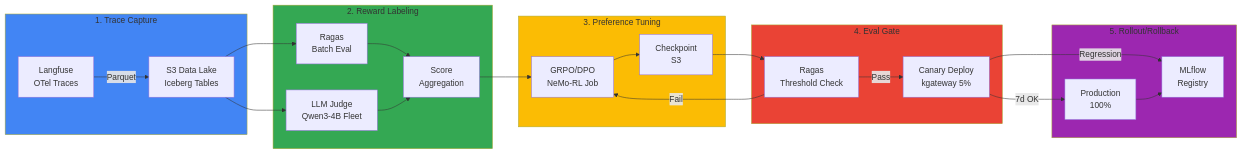
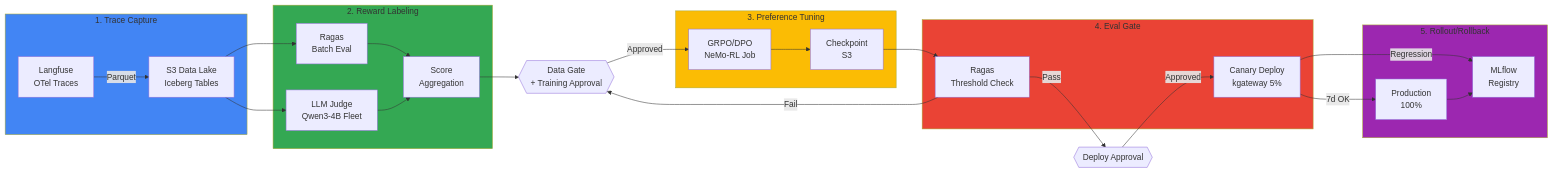
One commit to devfloor9/engineering-playbook changed the diagram in docs/agentic-ai-platform/reference-architecture/model-lifecycle/continuous-training/index.md. Above: the diagram before and after it, drawn with Mermaid. The commit also changed other lines of this file and 5 other files, not shown here.

````diff
--- a/docs/agentic-ai-platform/reference-architecture/model-lifecycle/continuous-training/index.md
+++ b/docs/agentic-ai-platform/reference-architecture/model-lifecycle/continuous-training/index.md
@@ -49,48 +51,50 @@
 ```mermaid
 flowchart LR
     subgraph Stage1["1. Trace Capture"]
         LF[Langfuse<br/>OTel Traces]
         S3[S3 Data Lake<br/>Iceberg Tables]
     end
     
     subgraph Stage2["2. Reward Labeling"]
         RAGAS[Ragas<br/>Batch Eval]
         JUDGE[LLM Judge<br/>Qwen3-4B Fleet]
         SCORE[Score<br/>Aggregation]
     end
     
     subgraph Stage3["3. Preference Tuning"]
         GRPO[GRPO/DPO<br/>NeMo-RL Job]
         CKPT[Checkpoint<br/>S3]
     end
     
     subgraph Stage4["4. Eval Gate"]
         EVAL[Ragas<br/>Threshold Check]
         CANARY[Canary Deploy<br/>kgateway 5%]
     end
     
     subgraph Stage5["5. Rollout/Rollback"]
         REGISTRY[MLflow<br/>Registry]
         PROD[Production<br/>100%]
     end
     
     LF -->|Parquet| S3
     S3 --> RAGAS
     S3 --> JUDGE
     RAGAS --> SCORE
     JUDGE --> SCORE
-    SCORE --> GRPO
+    SCORE --> DATAGATE{{Data Gate<br/>+ Training Approval}}
+    DATAGATE -->|Approved| GRPO
     GRPO --> CKPT
     CKPT --> EVAL
-    EVAL -->|Pass| CANARY
-    EVAL -->|Fail| GRPO
+    EVAL -->|Pass| APPROVE{{Deploy Approval}}
+    APPROVE -->|Approved| CANARY
+    EVAL -->|Fail| DATAGATE
     CANARY -->|7d OK| PROD
     CANARY -->|Regression| REGISTRY
     PROD --> REGISTRY
     
     style Stage1 fill:#4285f4
     style Stage2 fill:#34a853
     style Stage3 fill:#fbbc04
     style Stage4 fill:#ea4335
     style Stage5 fill:#9c27b0
 ```
````
